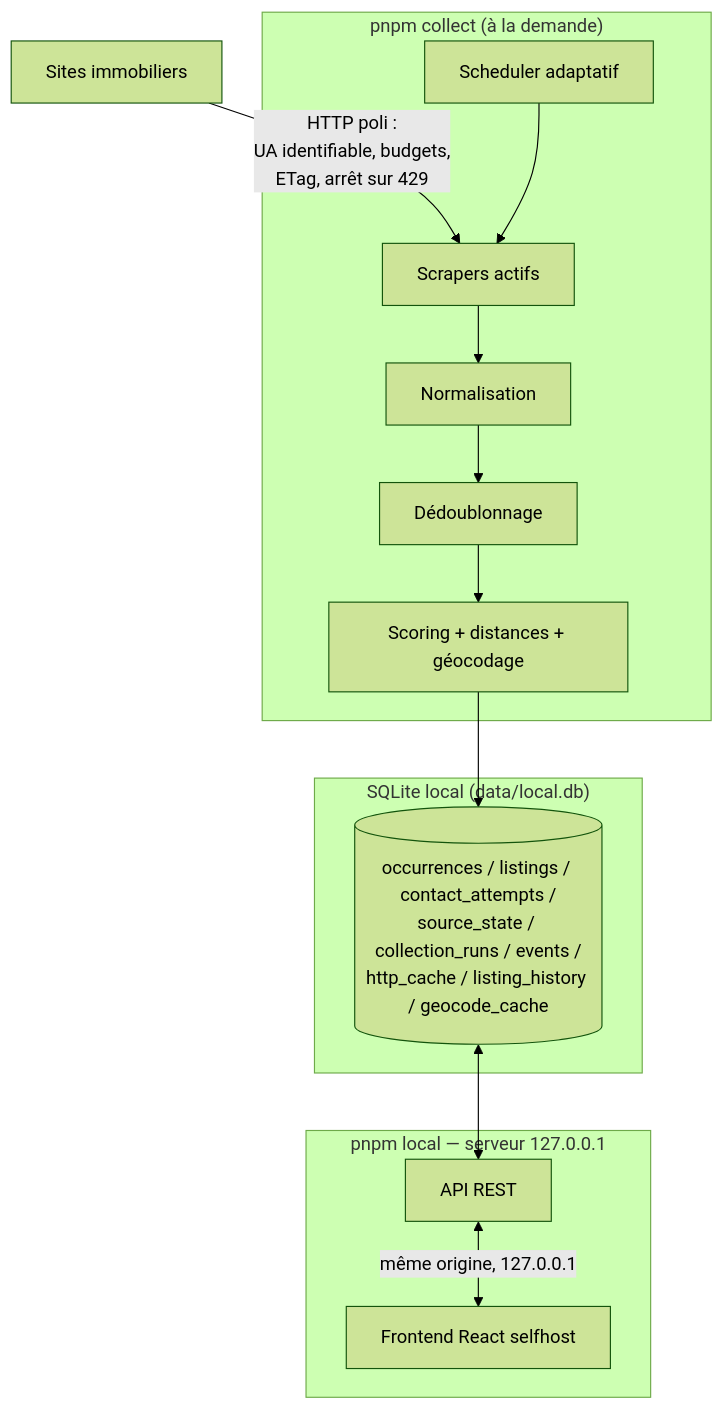
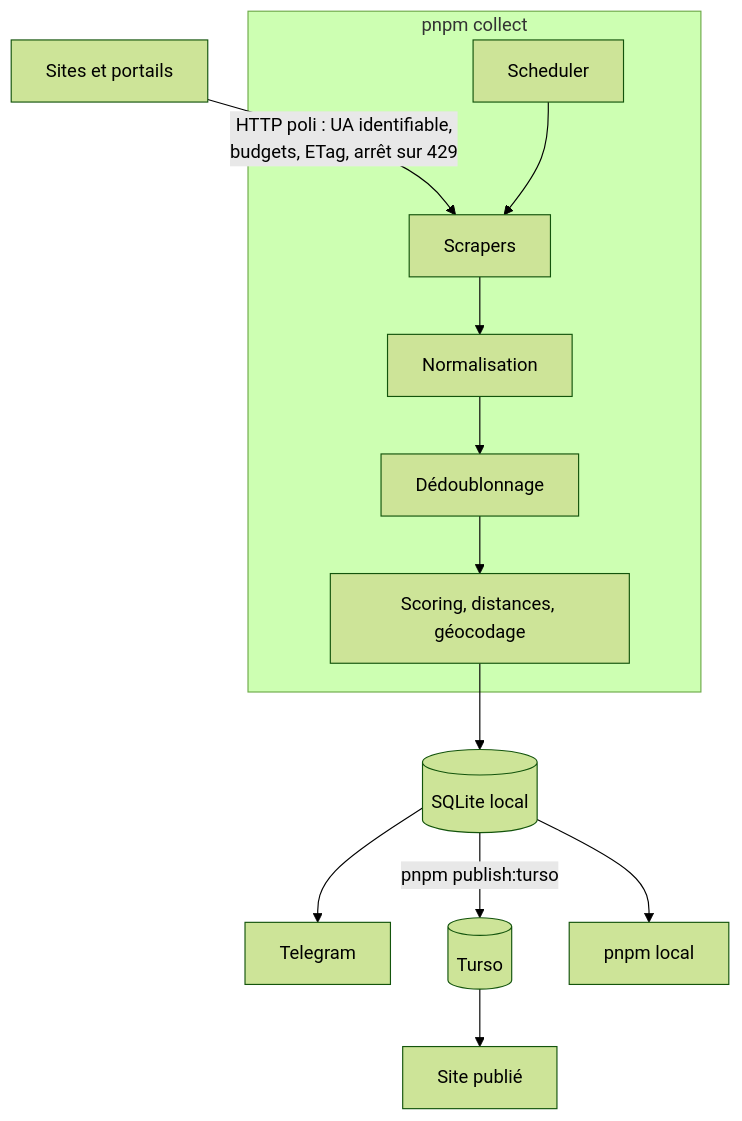
Before and after one commit to WizyxGH/RentFinder: the diagram in docs/architecture.md, drawn with Mermaid (forest theme). The commit also changed other lines of this file and 16 other files, not shown here.

````diff
--- a/docs/architecture.md
+++ b/docs/architecture.md
@@ -8,24 +13,13 @@
 ```mermaid
 flowchart TB
-    subgraph Collect["pnpm collect (à la demande)"]
-        SCHED[Scheduler adaptatif]
-        SCRAP[Scrapers actifs]
-        NORM[Normalisation]
-        DEDUP[Dédoublonnage]
-        SCORE[Scoring + distances + géocodage]
+    SITES[Sites et portails] -->|"HTTP poli : UA identifiable,<br/>budgets, ETag, arrêt sur 429"| SCRAP
+    subgraph Collecte["pnpm collect"]
+        SCHED[Scheduler] --> SCRAP[Scrapers] --> NORM[Normalisation]
+        NORM --> DEDUP[Dédoublonnage] --> SCORE[Scoring, distances, géocodage]
     end
-
-    subgraph DBLayer["SQLite local (data/local.db)"]
-        DB[(occurrences / listings / contact_attempts /<br/>source_state / collection_runs / events /<br/>http_cache / listing_history / geocode_cache)]
-    end
-
-    subgraph Serve["pnpm local — serveur 127.0.0.1"]
-        API[API REST]
-        FE[Frontend React selfhost]
-    end
-
-    SITES[Sites immobiliers] -->|HTTP poli :<br/>UA identifiable, budgets,<br/>ETag, arrêt sur 429| SCRAP
-    SCHED --> SCRAP --> NORM --> DEDUP --> SCORE --> DB
-    DB <--> API
-    API <-->|même origine, 127.0.0.1| FE
+    SCORE --> DB[(SQLite local)]
+    DB --> TG[Telegram]
+    DB -->|pnpm publish:turso| TURSO[(Turso)]
+    TURSO --> WEB[Site publié]
+    DB --> LOCAL[pnpm local]
 ```
````
